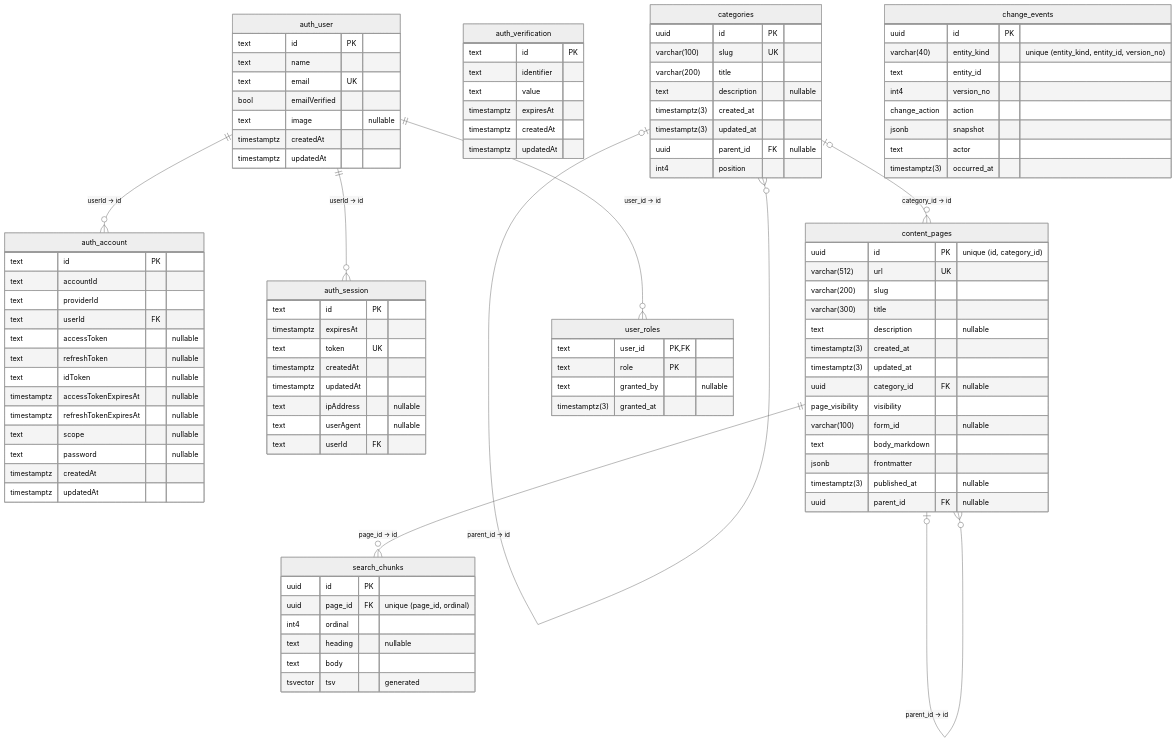
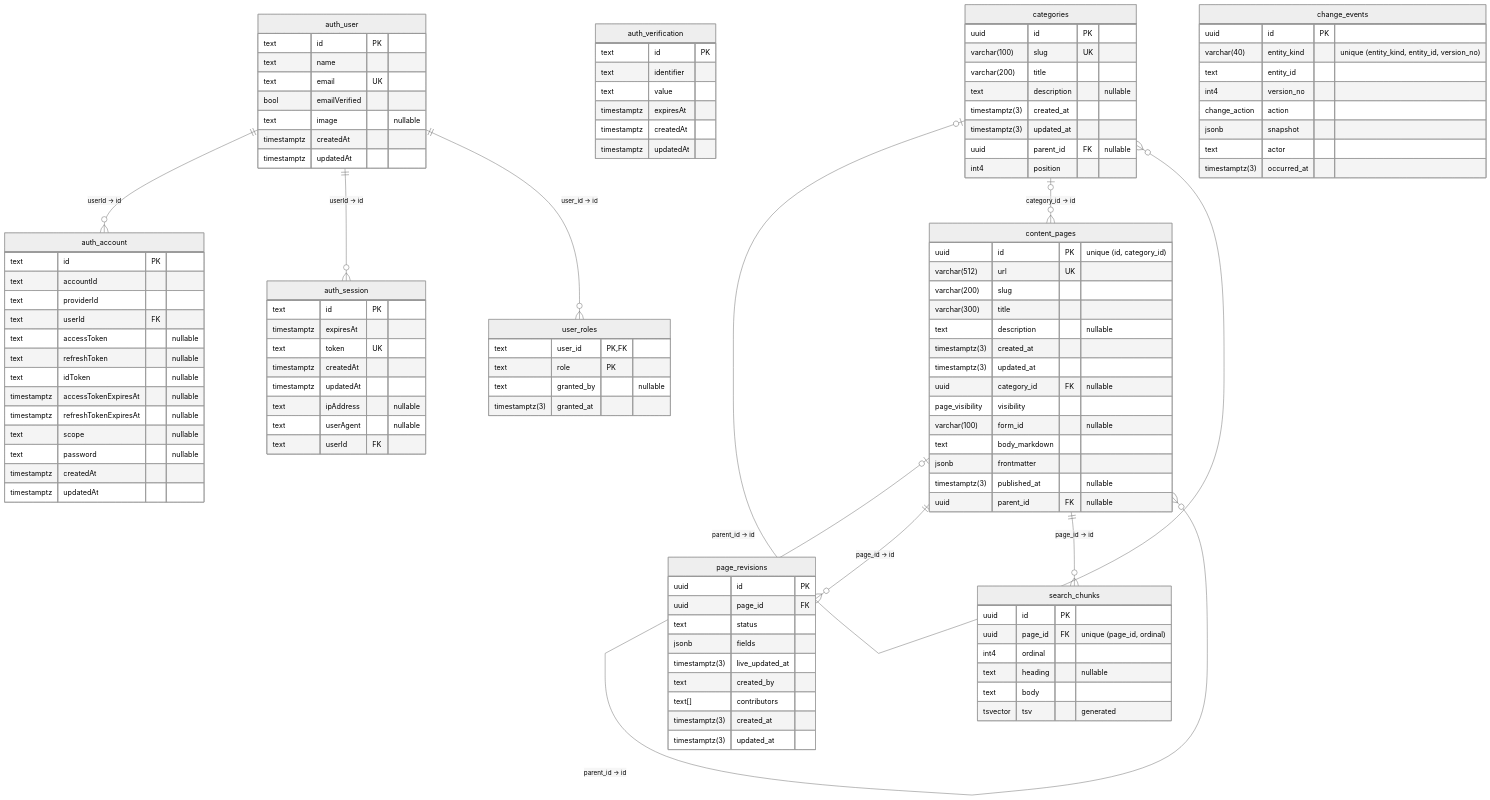
One commit to govtech-bb/gov-bb changed the diagram in apps/api_v2/README.md. Above: the diagram before and after it, drawn with Mermaid (neutral theme). The commit also changed other lines of this file and 16 other files, not shown here.

````diff
--- a/apps/api_v2/README.md
+++ b/apps/api_v2/README.md
@@ -156,6 +164,17 @@
     timestamptz(3) published_at "nullable"
     uuid parent_id FK "nullable"
   }
+  page_revisions {
+    uuid id PK
+    uuid page_id FK
+    text status
+    jsonb fields
+    timestamptz(3) live_updated_at
+    text created_by
+    text[] contributors
+    timestamptz(3) created_at
+    timestamptz(3) updated_at
+  }
   search_chunks {
     uuid id PK
     uuid page_id FK "unique (page_id, ordinal)"
@@ -176,6 +195,7 @@
   categories |o--o{ content_pages : "category_id -> id"
   content_pages |o--o{ content_pages : "parent_id, category_id -> id, category_id"
   content_pages |o--o{ content_pages : "parent_id -> id"
+  content_pages ||--o{ page_revisions : "page_id -> id"
   content_pages ||--o{ search_chunks : "page_id -> id"
   auth_user ||--o{ user_roles : "user_id -> id"
 ```
````
